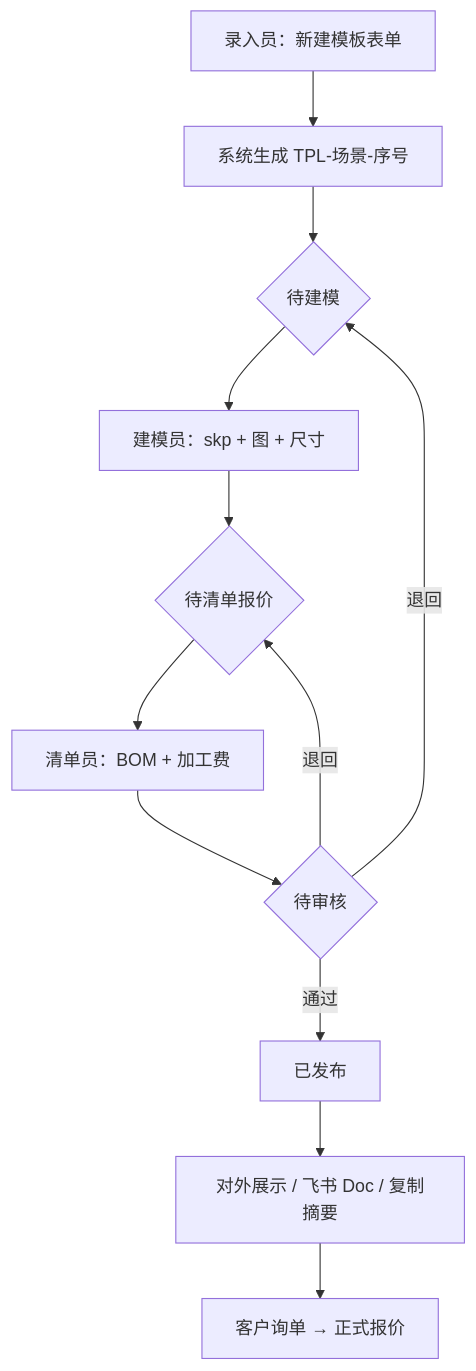
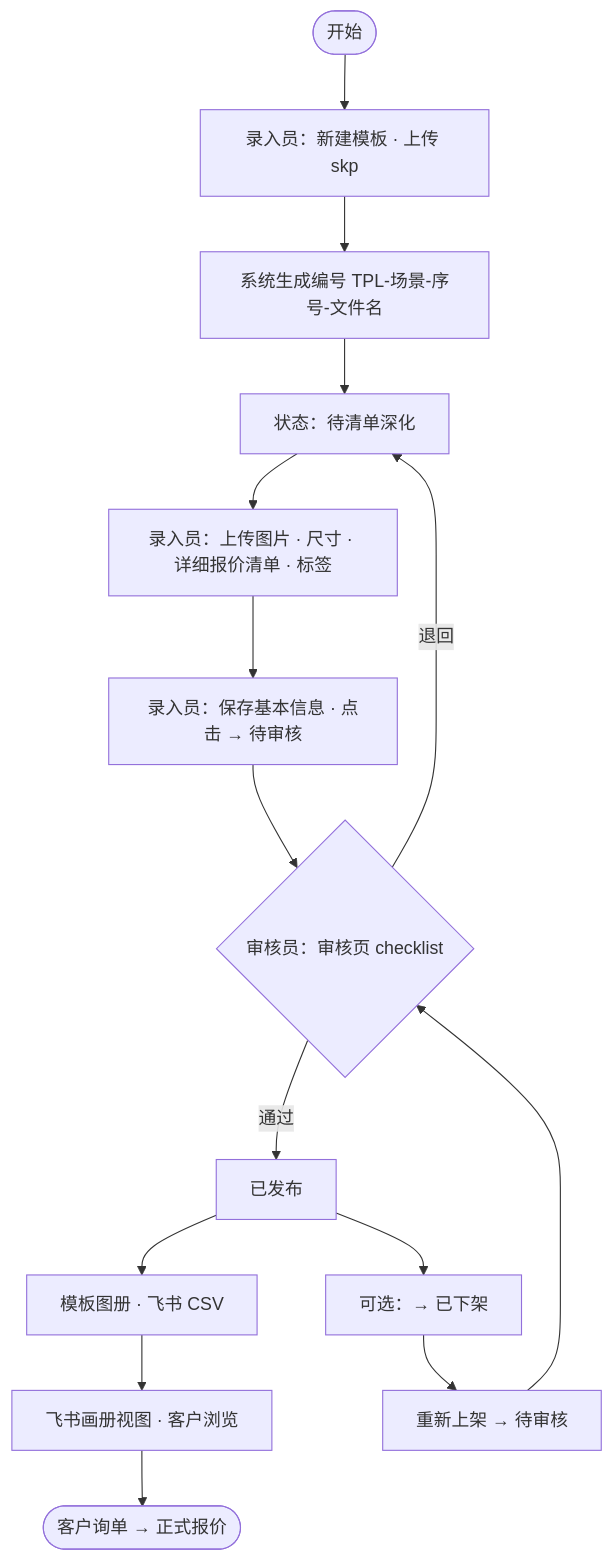
Before and after one commit to raintea223-art/Parti-MR2525: the first of 9 diagrams in docs/WORKFLOW.md, drawn with Mermaid. The commit also changed other lines of this file and 42 other files, not shown here.

First line of the commit message:
Add scene/tag/gallery modules, pricing library, and architecture docs.

````diff
--- a/docs/WORKFLOW.md
+++ b/docs/WORKFLOW.md
@@ -5,14 +26,17 @@
 ```mermaid
 flowchart TD
-    A[录入员：新建模板表单] --> B[系统生成 TPL-场景-序号]
-    B --> C{待建模}
-    C --> D[建模员：skp + 图 + 尺寸]
-    D --> E{待清单报价}
-    E --> F[清单员：BOM + 加工费]
-    F --> G{待审核}
-    G -->|通过| H[已发布]
-    G -->|退回| C
-    G -->|退回| E
-    H --> I[对外展示 / 飞书 Doc / 复制摘要]
-    I --> J[客户询单 → 正式报价]
+    Start([开始]) --> A[录入员：新建模板 · 上传 skp]
+    A --> B[系统生成编号 TPL-场景-序号-文件名]
+    B --> C[状态：待清单深化]
+    C --> D[录入员：上传图片 · 尺寸 · 详细报价清单 · 标签]
+    D --> E[录入员：保存基本信息 · 点击 → 待审核]
+    E --> F{审核员：审核页 checklist}
+    F -->|通过| G[已发布]
+    F -->|退回| C
+    G --> H[模板图册 · 飞书 CSV]
+    H --> I[飞书画册视图 · 客户浏览]
+    I --> J([客户询单 → 正式报价])
+    G --> K[可选：→ 已下架]
+    K --> L[重新上架 → 待审核]
+    L --> F
 ```
````
